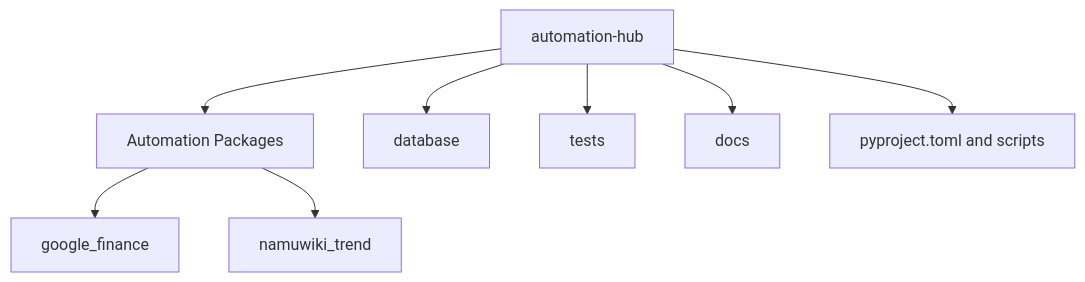
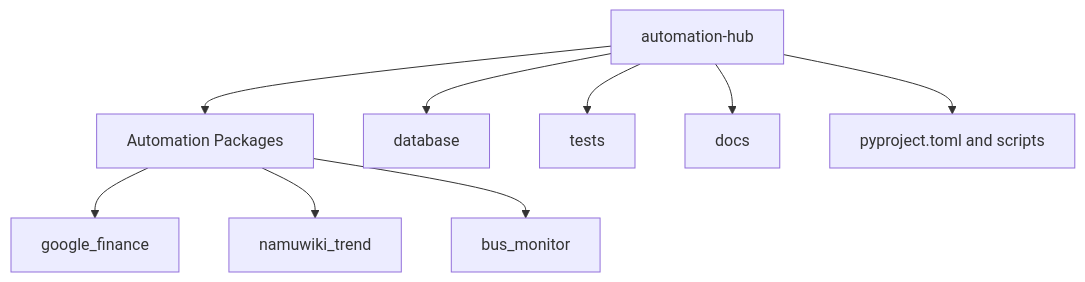
Before and after one commit to jhkr1/automation-hub: the first of 3 diagrams in docs/architecture.md, drawn with Mermaid. The commit also changed other lines of this file and 7 other files, not shown here.

Commit message:
docs(bus-monitor): document production workflow

````diff
--- a/docs/architecture.md
+++ b/docs/architecture.md
@@ -11,10 +11,11 @@
 ```mermaid
 flowchart TD
     Repository[automation-hub] --> Packages[Automation Packages]
     Packages --> Google[google_finance]
     Packages --> Namu[namuwiki_trend]
+    Packages --> Bus[bus_monitor]
     Repository --> Database[database]
     Repository --> Tests[tests]
     Repository --> Docs[docs]
     Repository --> Tooling[pyproject.toml and scripts]
 ```
````
